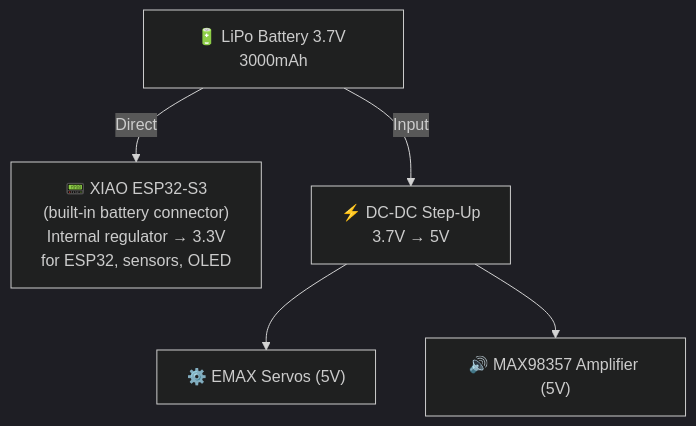
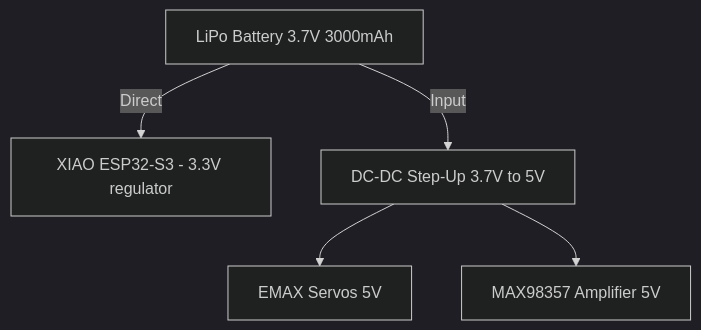
Before and after one commit to zabbix-byte/real-tars: the sixth of 8 diagrams in README.md, drawn with Mermaid (dark theme). The commit also changed other lines of this file and 2 other files, not shown here.

Commit message:
refactor: update architecture diagrams and component descriptions in README files

````diff
--- a/README.md
+++ b/README.md
@@ -472,11 +474,11 @@
 ```mermaid
 graph TD
-    BATT["🔋 LiPo Battery 3.7V 3000mAh"]
+    BATT["LiPo Battery 3.7V 3000mAh"]
 
-    BATT -->|"Direct"| ESP["📟 XIAO ESP32-S3<br/>(built-in battery connector)<br/>Internal regulator → 3.3V<br/>for ESP32, sensors, OLED"]
+    BATT -->|"Direct"| ESP["XIAO ESP32-S3 - 3.3V regulator"]
 
-    BATT -->|"Input"| STEP["⚡ DC-DC Step-Up<br/>3.7V → 5V"]
+    BATT -->|"Input"| STEP["DC-DC Step-Up 3.7V to 5V"]
 
-    STEP --> SERVOS["⚙️ EMAX Servos (5V)"]
-    STEP --> AMP["🔊 MAX98357 Amplifier (5V)"]
+    STEP --> SERVOS["EMAX Servos 5V"]
+    STEP --> AMP["MAX98357 Amplifier 5V"]
 ```
````
